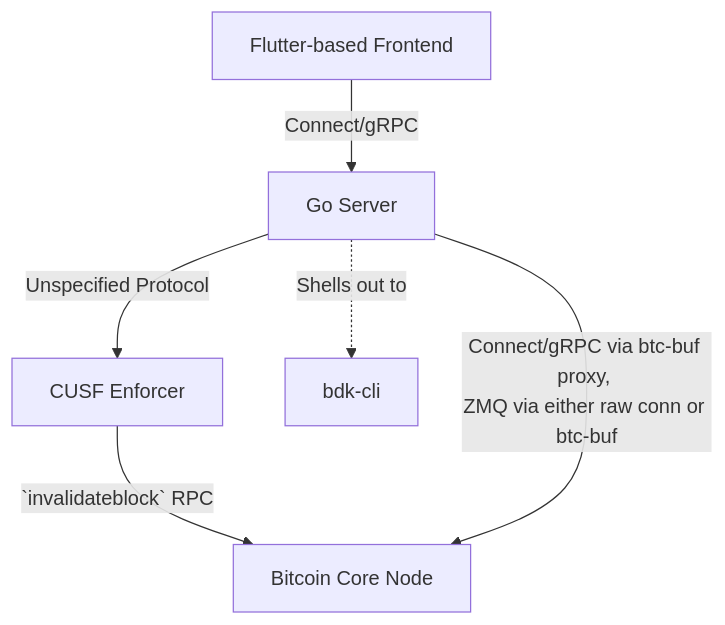
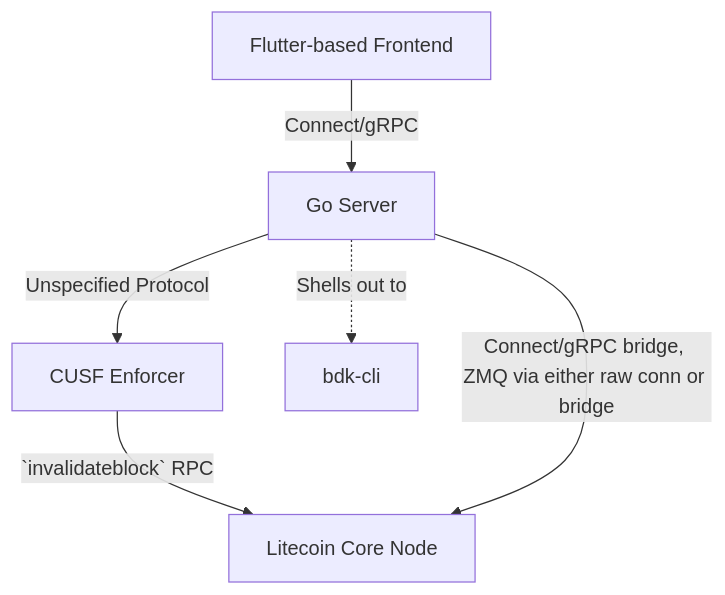
The first of 2 diagrams in litwindow/server/README.md (LiteVerseHoldings/drivechain-litwindow), drawn with Mermaid before and after one commit. The commit also changed other lines of this file and 184 other files, not shown here.

````diff
--- a/litwindow/server/README.md
+++ b/litwindow/server/README.md
@@ -53,8 +53,8 @@
 ```mermaid
 graph TD;
     A[Flutter-based Frontend] -->|Connect/gRPC| B[Go Server];
     B -->|Unspecified Protocol| C[CUSF Enforcer];
     C -->|`invalidateblock` RPC|D;
-    B -->|Connect/gRPC via btc-buf proxy, \nZMQ via either raw conn or btc-buf| D[Bitcoin Core Node];
+    B -->|Connect/gRPC bridge, \nZMQ via either raw conn or bridge| D[Litecoin Core Node];
     B -.->|Shells out to| E[bdk-cli];
 ```
````
